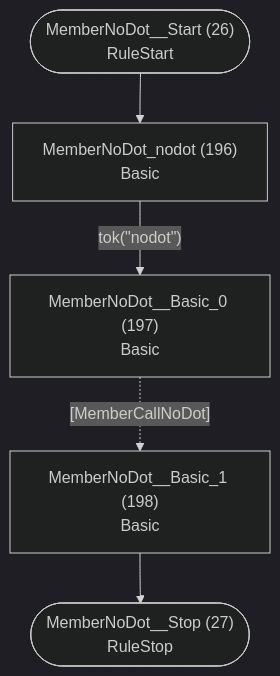
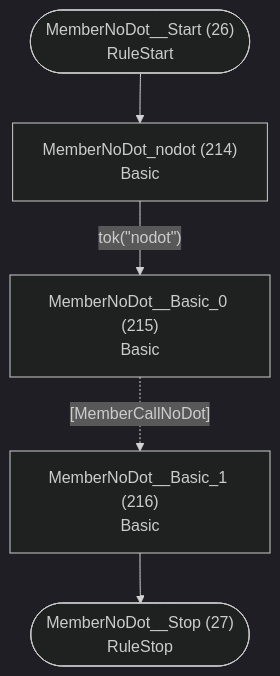
Before and after one commit to TypeFox/fastbelt: diagram 14 of 46 in internal/languages/completion/atn.md, drawn with Mermaid (dark theme). The commit also changed other lines of this file and 41 other files, not shown here.

````diff
--- a/internal/languages/completion/atn.md
+++ b/internal/languages/completion/atn.md
@@ -394,13 +414,13 @@
 ```mermaid
 flowchart TD
     q26(["MemberNoDot__Start (26)<br/>RuleStart"])
     q27(["MemberNoDot__Stop (27)<br/>RuleStop"])
-    q196["MemberNoDot_nodot (196)<br/>Basic<br/>"]
-    q197["MemberNoDot__Basic_0 (197)<br/>Basic<br/>"]
-    q198["MemberNoDot__Basic_1 (198)<br/>Basic<br/>"]
+    q214["MemberNoDot_nodot (214)<br/>Basic<br/>"]
+    q215["MemberNoDot__Basic_0 (215)<br/>Basic<br/>"]
+    q216["MemberNoDot__Basic_1 (216)<br/>Basic<br/>"]
 
-    q26 --> q196
-    q196 -->|"tok(&quot;nodot&quot;)"| q197
-    q197 -.->|"[MemberCallNoDot]"| q198
-    q198 --> q27
+    q26 --> q214
+    q214 -->|"tok(&quot;nodot&quot;)"| q215
+    q215 -.->|"[MemberCallNoDot]"| q216
+    q216 --> q27
 ```
````
